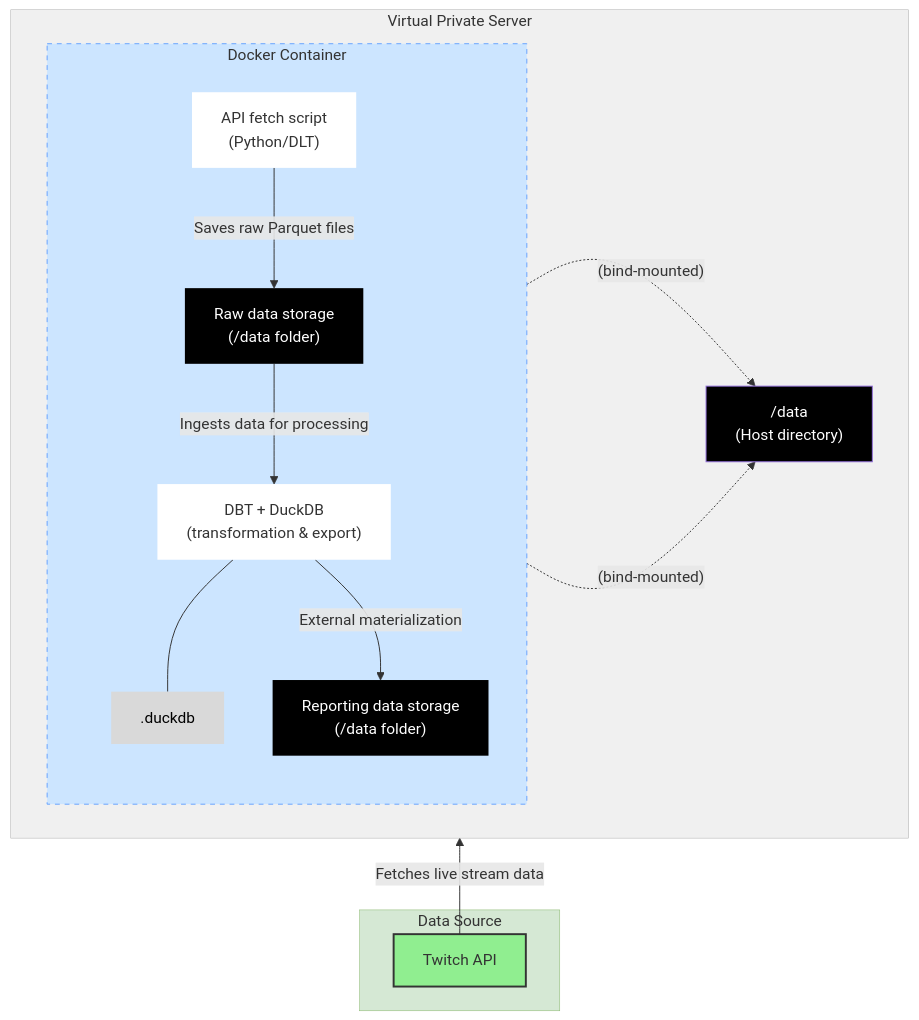
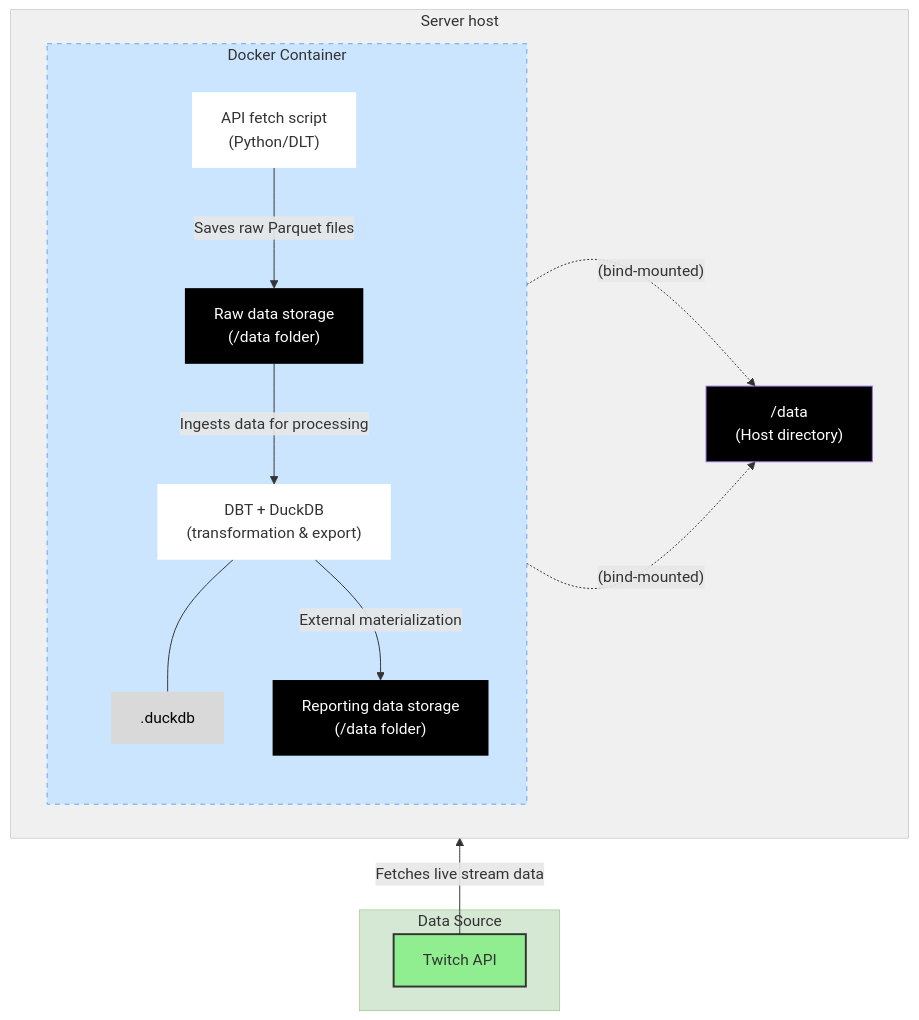
Before and after one commit to gabriellegall/twitch_bi: the first of 2 diagrams in README.md, drawn with Mermaid. The commit also changed other lines of this file, not shown here.

````diff
--- a/README.md
+++ b/README.md
@@ -9,44 +9,44 @@
 ```mermaid
 graph BT;
 
     %% Subgraph Definitions
     subgraph DS ["Data Source"]
         A[Twitch API]
     end
 
-    subgraph VPS [Virtual Private Server]
+    subgraph VPS [Server host]
         direction LR
         subgraph DockerContainer [Docker Container]
             direction TB
             n3[".duckdb"]
             n1["Reporting data storage<br>(/data folder)"]
             D["DBT + DuckDB<br>(transformation & export)"]
             C["Raw data storage<br>(/data folder)"]
             B["API fetch script<br>(Python/DLT)"]
         end
         n2["/data<br>(Host directory)"]
     end
 
     %% Data Flow
     A -- "Fetches live stream data" --> B
     B -- "Saves raw Parquet files" --> C
     C -- "Ingests data for processing" --> D
     D -- "External materialization" --> n1
     D --- n3
 
     %% Bind mount representation (using dotted lines)
     C -. "(bind-mounted)" .-> n2
     n1 -. "(bind-mounted)" .-> n2
 
     %% Styling
     style A fill:#90ee90,stroke:#333,stroke-width:2px
     style VPS fill:#f0f0f0,stroke:#aaa,stroke-width:0.5px
     style DS fill:#D5E8D4,stroke:#82B366,stroke-width:0.5px
     style B fill:#FFFFFF,stroke-width:0px
     style D fill:#FFFFFF,stroke-width:0px
     style DockerContainer fill:#cce5ff,stroke:#66a3ff,stroke-width:1px,stroke-dasharray:5 5
     style n1 color:#FFFFFF,stroke-width:0px,fill:#000000
     style C color:#FFFFFF,fill:#000000,stroke-width:0px
     style n2 fill:#000000,color:#FFFFFF
     style n3 color:#000000,fill:#D9D9D9,stroke-width:0px,stroke:#000000
 ```
````
